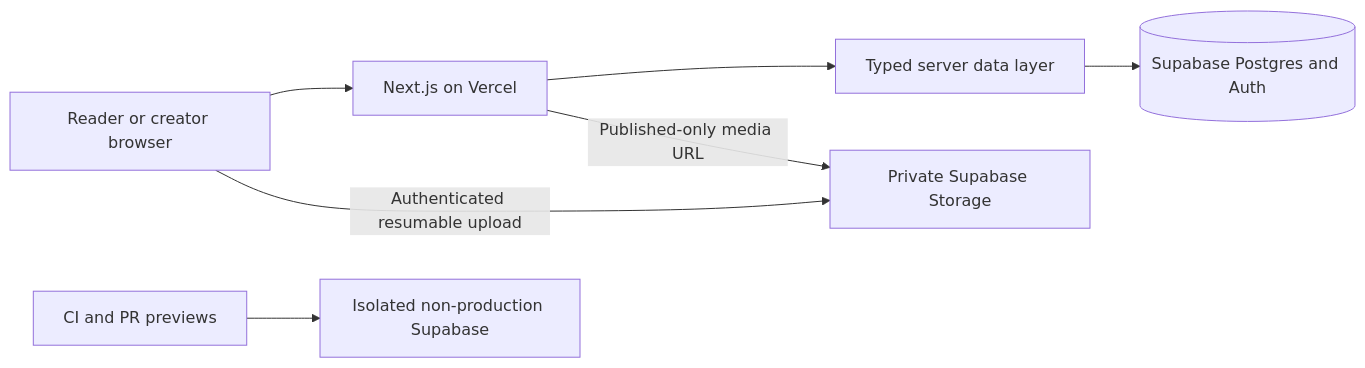
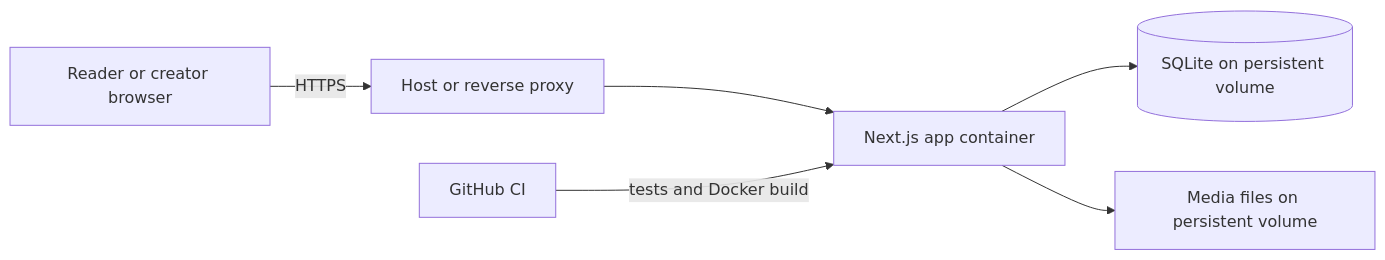
The diagram in ARCHITECTURE.md (WilliamPeterDunn/codex), drawn with Mermaid before and after one commit. The commit also changed other lines of this file and 2 other files, not shown here.

Commit message:
Narrow prototype to self-hosted Docker app

````diff
--- a/ARCHITECTURE.md
+++ b/ARCHITECTURE.md
@@ -9,9 +9,8 @@
 ```mermaid
 flowchart LR
-  B[Reader or creator browser] --> N[Next.js on Vercel]
-  N --> D[Typed server data layer]
-  D --> P[(Supabase Postgres and Auth)]
-  B -->|Authenticated resumable upload| S[Private Supabase Storage]
-  N -->|Published-only media URL| S
-  CI[CI and PR previews] --> T[Isolated non-production Supabase]
+  B[Reader or creator browser] -->|HTTPS| X[Host or reverse proxy]
+  X --> A[Next.js app container]
+  A --> D[(SQLite on persistent volume)]
+  A --> F[Media files on persistent volume]
+  CI[GitHub CI] -->|tests and Docker build| A
 ```
````
